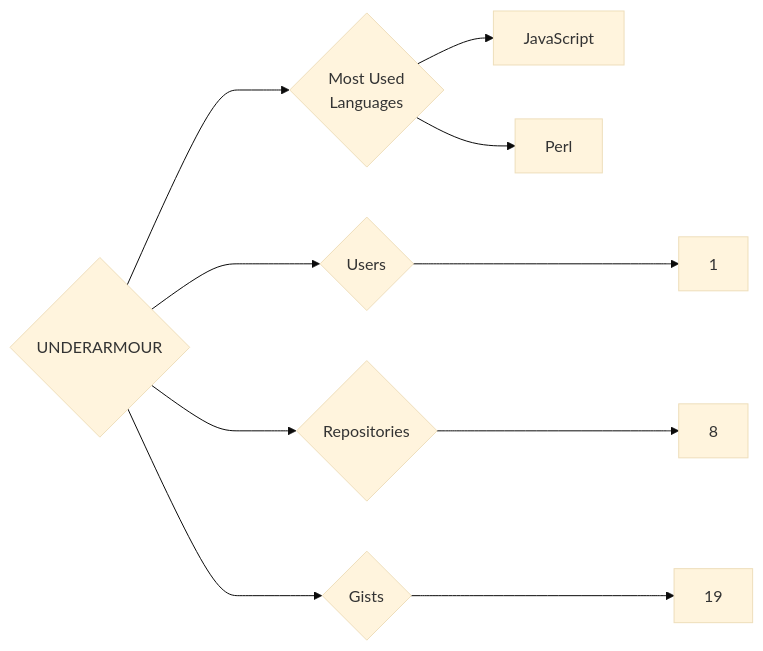
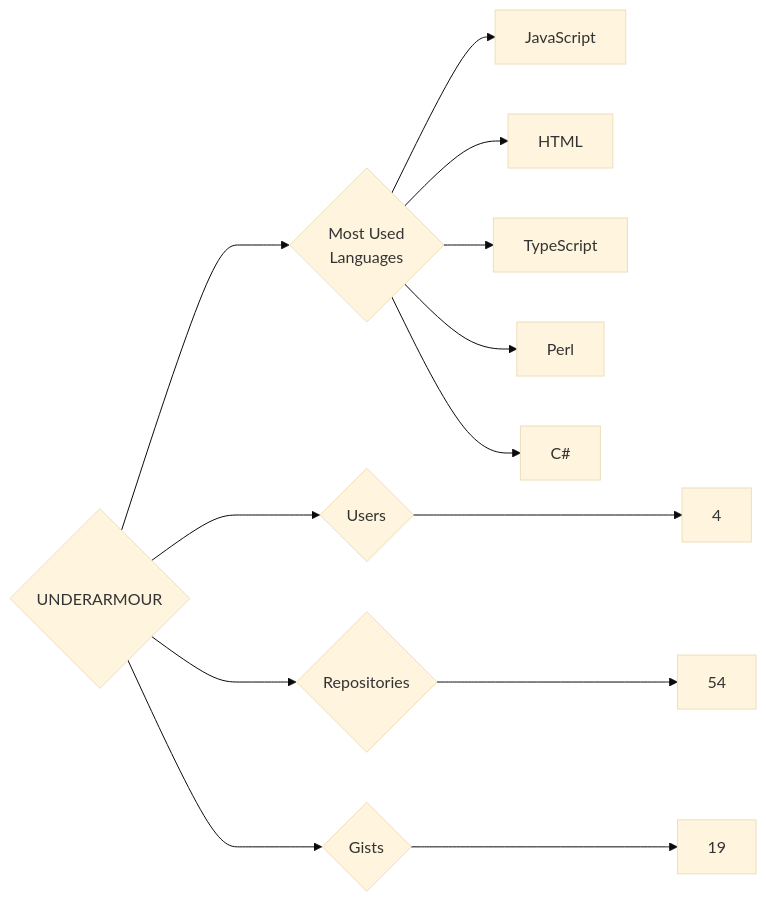
Before and after one commit to trickest/insiders: the diagram in targets/UNDERARMOUR/README.md, drawn with Mermaid (base theme). The commit also changed 912 other files, not shown here.

````diff
--- a/targets/UNDERARMOUR/README.md
+++ b/targets/UNDERARMOUR/README.md
@@ -3,10 +3,13 @@
 ```mermaid
 graph LR
 COMPANY_NAME{UNDERARMOUR}
-COMPANY_NAME ---> U{Users} ---> UN[1]
-COMPANY_NAME ---> R{Repositories} ---> RN[8]
+COMPANY_NAME ---> U{Users} ---> UN[4]
+COMPANY_NAME ---> R{Repositories} ---> RN[54]
 COMPANY_NAME ---> G{Gists} ---> GN[19]
 COMPANY_NAME ---> ML{Most Used<br>Languages}
 ML --> JavaScript[JavaScript]
+ML --> HTML[HTML]
+ML --> TypeScript[TypeScript]
 ML --> Perl[Perl]
+ML --> C#[C#]
 ```
````
